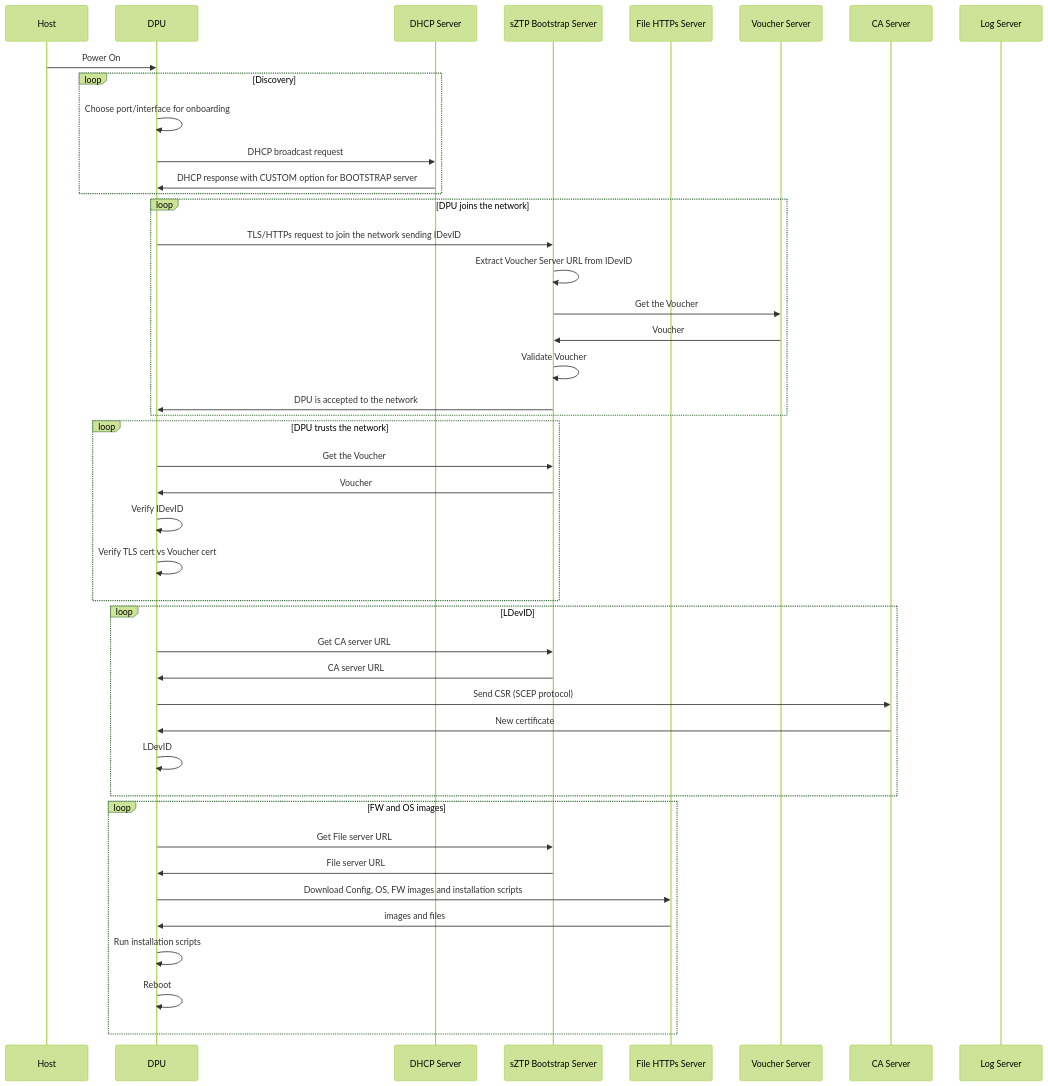
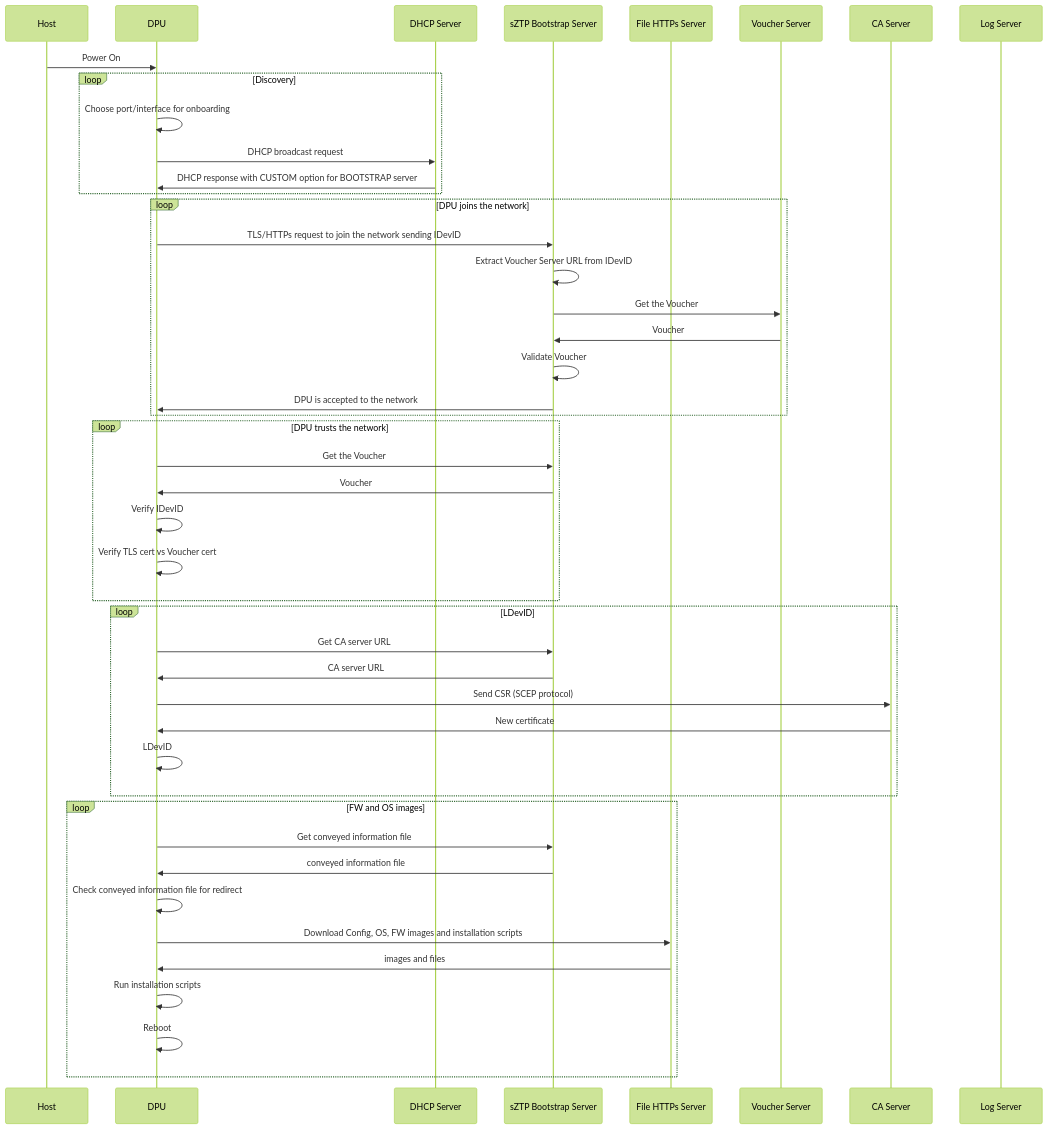
The second of 2 diagrams in ZTP.md (opiproject/sztp), drawn with Mermaid (forest theme) before and after one commit.

Commit message:
explain conveyed information file

````diff
--- a/ZTP.md
+++ b/ZTP.md
@@ -102,47 +102,48 @@
 ```mermaid
 sequenceDiagram
     participant Host
     participant DPU
     participant DHCP as DHCP Server
     participant SZTP as sZTP Bootstrap Server
     participant HTTP as File HTTPs Server
     participant Voucher as Voucher Server
     participant CA as CA Server
     participant LOG as Log Server
     Host->>DPU: Power On
     loop Discovery
        DPU->>DPU: Choose port/interface for onboarding
        DPU->>DHCP: DHCP broadcast request
        DHCP->>DPU: DHCP response with CUSTOM option for BOOTSTRAP server
     end
     loop DPU joins the network
        DPU->>SZTP: TLS/HTTPs request to join the network sending IDevID
        SZTP->>SZTP: Extract Voucher Server URL from IDevID
        SZTP->>Voucher: Get the Voucher
        Voucher->>SZTP: Voucher
        SZTP->>SZTP: Validate Voucher
        SZTP->>DPU: DPU is accepted to the network
     end
     loop DPU trusts the network
        DPU->>SZTP: Get the Voucher
        SZTP->>DPU: Voucher
        DPU->>DPU: Verify IDevID
        DPU->>DPU: Verify TLS cert vs Voucher cert
     end
     loop LDevID
        DPU->>SZTP: Get CA server URL
        SZTP->>DPU: CA server URL
        DPU->>CA: Send CSR (SCEP protocol)
        CA->>DPU: New certificate
        DPU->>DPU: LDevID
     end
     loop FW and OS images
-       DPU->>SZTP: Get File server URL
-       SZTP->>DPU: File server URL
+       DPU->>SZTP: Get conveyed information file
+       SZTP->>DPU: conveyed information file
+       DPU->>DPU: Check conveyed information file for redirect
        DPU->>HTTP: Download Config, OS, FW images and installation scripts
        HTTP->>DPU: images and files
        DPU->>DPU: Run installation scripts
        DPU->>DPU: Reboot
     end
     
 ```
````
